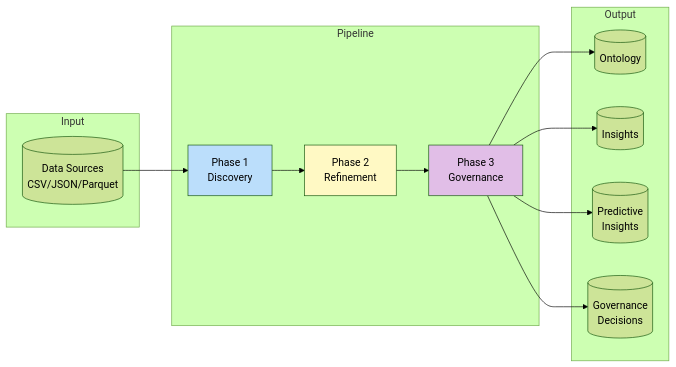
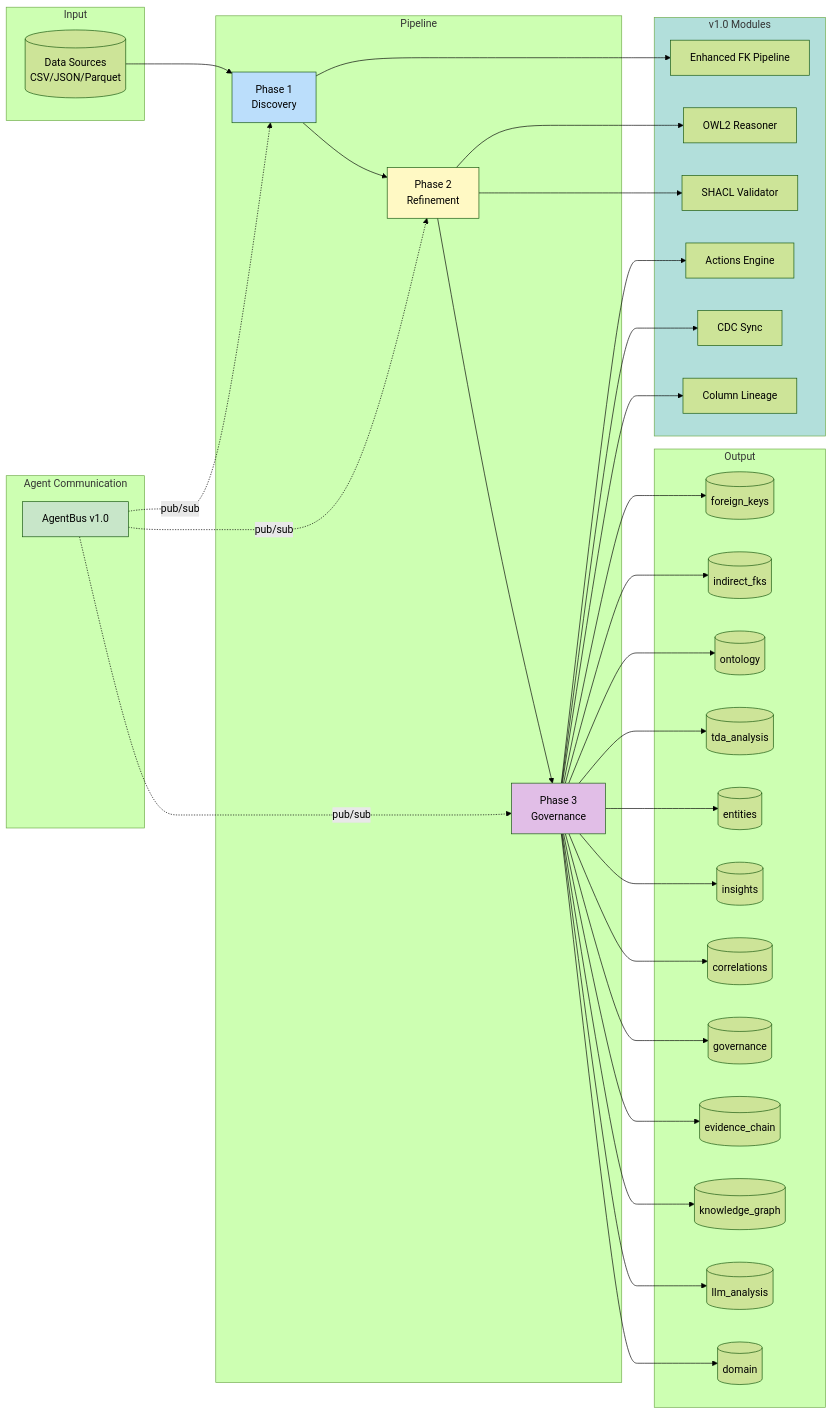
One commit to sabill123/ontology changed the first of 10 diagrams in docs/diagrams/README.md. Above: the diagram before and after it, drawn with Mermaid (forest theme). The commit also changed other lines of this file and 176 other files, not shown here.

````diff
--- a/docs/diagrams/README.md
+++ b/docs/diagrams/README.md
@@ -8,25 +8,52 @@
 ```mermaid
 graph LR
     subgraph Input
         DS[(Data Sources<br/>CSV/JSON/Parquet)]
     end
 
     subgraph Pipeline
         P1[Phase 1<br/>Discovery]
         P2[Phase 2<br/>Refinement]
         P3[Phase 3<br/>Governance]
     end
 
-    subgraph Output
-        ONT[(Ontology)]
-        INS[(Insights)]
-        PI[(Predictive<br/>Insights)]
-        GOV[(Governance<br/>Decisions)]
+    subgraph V16_Modules["v1.0 Modules"]
+        M1[Enhanced FK Pipeline]
+        M2[OWL2 Reasoner]
+        M3[SHACL Validator]
+        M4[Actions Engine]
+        M5[CDC Sync]
+        M6[Column Lineage]
     end
 
-    DS --> P1 --> P2 --> P3 --> ONT & INS & PI & GOV
+    subgraph Communication["Agent Communication"]
+        BUS[AgentBus v1.0]
+    end
+
+    subgraph Output
+        O_FK[(foreign_keys)]
+        O_IFK[(indirect_fks)]
+        O_ONT[(ontology)]
+        O_TDA[(tda_analysis)]
+        O_ENT[(entities)]
+        O_INS[(insights)]
+        O_COR[(correlations)]
+        O_GOV[(governance)]
+        O_EC[(evidence_chain)]
+        O_KG[(knowledge_graph)]
+        O_LLM[(llm_analysis)]
+        O_DOM[(domain)]
+    end
+
+    DS --> P1 --> P2 --> P3 --> O_FK & O_IFK & O_ONT & O_TDA & O_ENT & O_INS & O_COR & O_GOV & O_EC & O_KG & O_LLM & O_DOM
+    P1 --> M1
+    P2 --> M2 & M3
+    P3 --> M4 & M5 & M6
+    BUS -.->|pub/sub| P1 & P2 & P3
 
     style P1 fill:#bbdefb
     style P2 fill:#fff9c4
     style P3 fill:#e1bee7
+    style V16_Modules fill:#b2dfdb
+    style BUS fill:#c8e6c9
 ```
````
